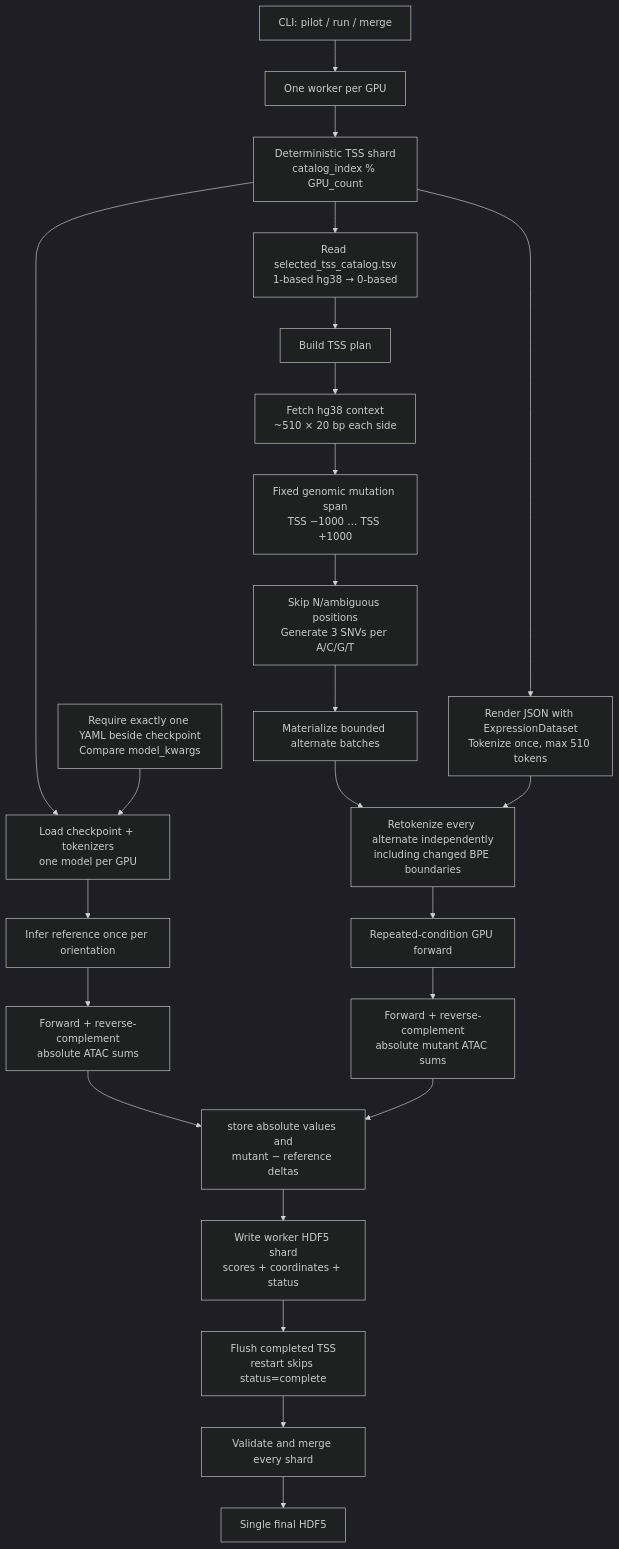
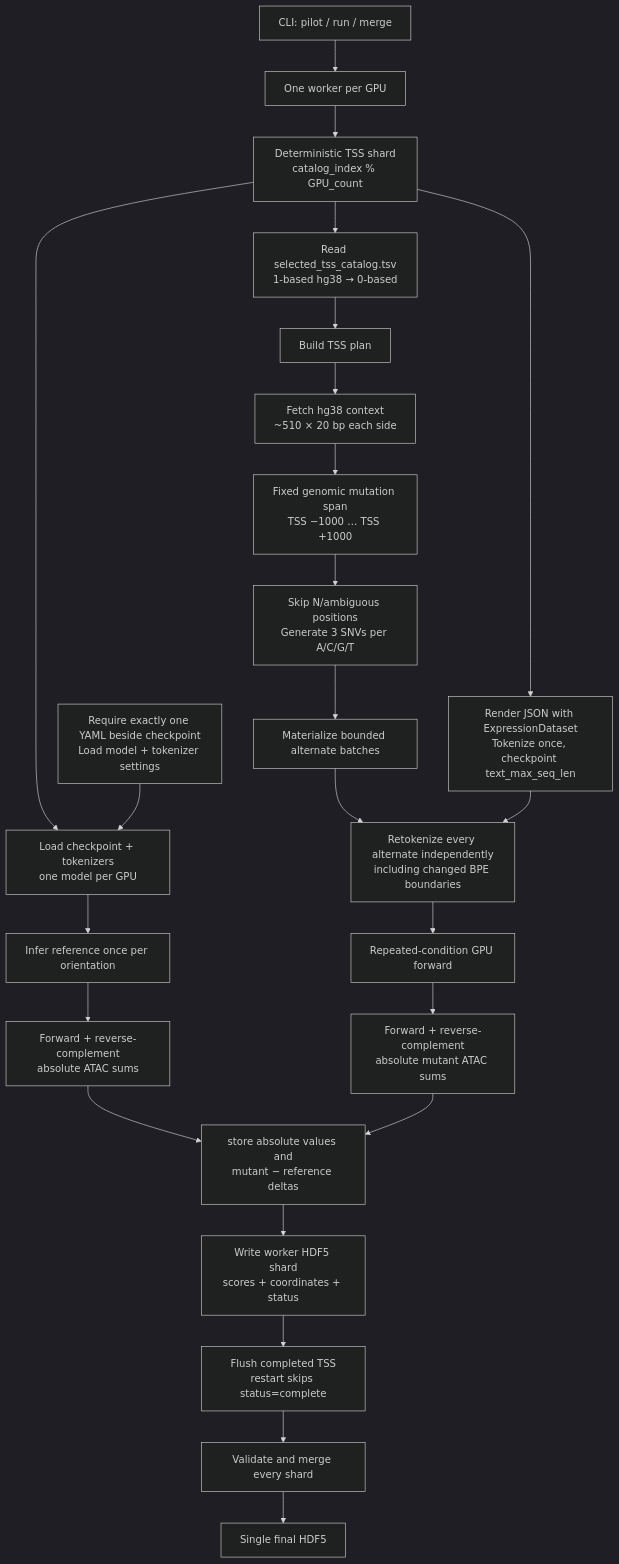
Before and after one commit to AIRI-Institute/GENA_LM: the diagram in downstream_tasks/expression_prediction/benchmarks/eQTL_genomics/CODE_REVIEW_GUIDE.md, drawn with Mermaid (dark theme). The commit also changed other lines of this file and 5 other files, not shown here.

````diff
--- a/downstream_tasks/expression_prediction/benchmarks/eQTL_genomics/CODE_REVIEW_GUIDE.md
+++ b/downstream_tasks/expression_prediction/benchmarks/eQTL_genomics/CODE_REVIEW_GUIDE.md
@@ -14,32 +14,32 @@
 ```mermaid
 flowchart TD
     CLI["CLI: pilot / run / merge"] --> Launcher["One worker per GPU"]
     Launcher --> Shard["Deterministic TSS shard<br/>catalog_index % GPU_count"]
 
     Shard --> Catalog["Read selected_tss_catalog.tsv<br/>1-based hg38 → 0-based"]
-    Shard --> Description["Render JSON with ExpressionDataset<br/>Tokenize once, max 510 tokens"]
+    Shard --> Description["Render JSON with ExpressionDataset<br/>Tokenize once, checkpoint text_max_seq_len"]
     Shard --> Model["Load checkpoint + tokenizers<br/>one model per GPU"]
-    ModelConfig["Require exactly one YAML beside checkpoint<br/>Compare model_kwargs"] --> Model
+    ModelConfig["Require exactly one YAML beside checkpoint<br/>Load model + tokenizer settings"] --> Model
 
     Catalog --> Plan["Build TSS plan"]
     Plan --> Fetch["Fetch hg38 context<br/>~510 × 20 bp each side"]
     Fetch --> MutationSpan["Fixed genomic mutation span<br/>TSS −1000 … TSS +1000"]
     MutationSpan --> Variants["Skip N/ambiguous positions<br/>Generate 3 SNVs per A/C/G/T"]
 
     Model --> Ref["Infer reference once per orientation"]
     Ref --> RefScore["Forward + reverse-complement<br/>absolute ATAC sums"]
 
     Variants --> Batch["Materialize bounded alternate batches"]
     Batch --> Retokenize["Retokenize every alternate independently<br/>including changed BPE boundaries"]
     Description --> Retokenize
     Retokenize --> GPU["Repeated-condition GPU forward"]
     GPU --> AltScore["Forward + reverse-complement<br/>absolute mutant ATAC sums"]
     RefScore --> Delta["store absolute values and<br/>mutant − reference deltas"]
     AltScore --> Delta
 
     Delta --> H5["Write worker HDF5 shard<br/>scores + coordinates + status"]
     H5 --> Resume["Flush completed TSS<br/>restart skips status=complete"]
 
     Resume --> Merge["Validate and merge every shard"]
     Merge --> Final["Single final HDF5"]
 ```
````
